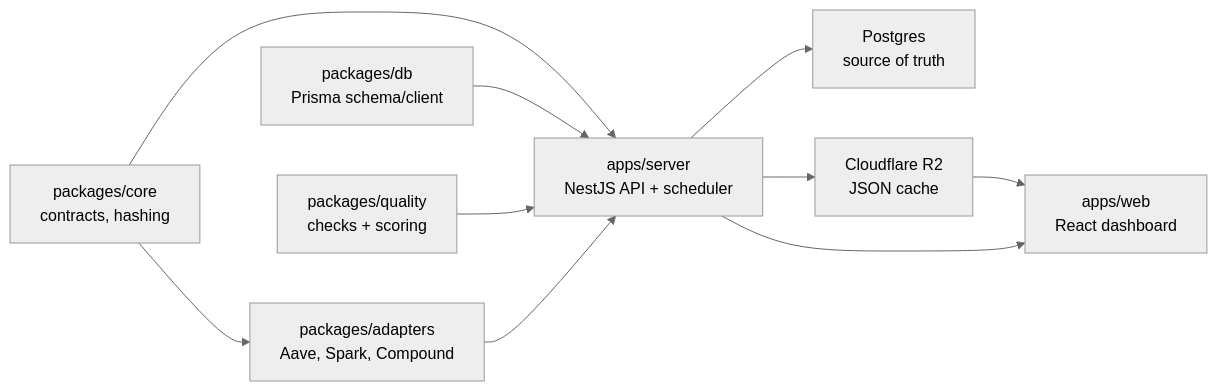
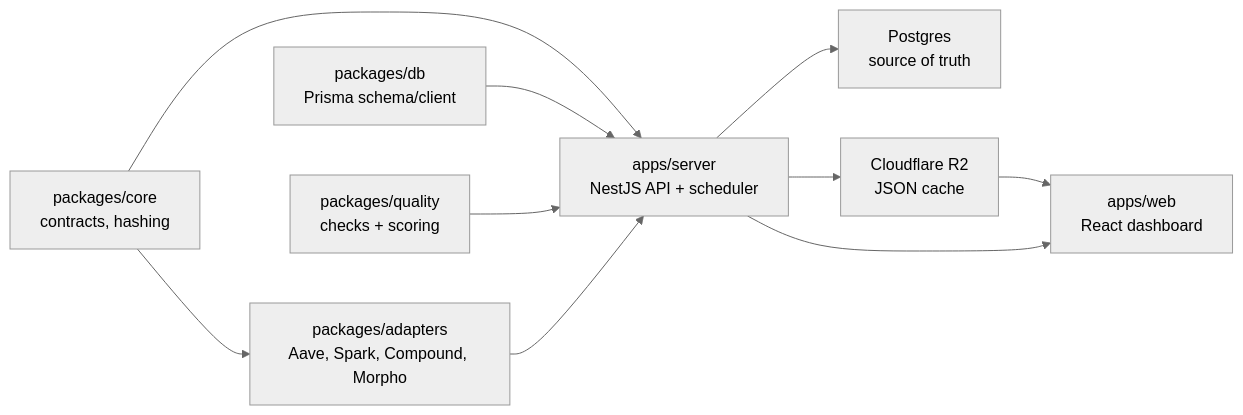
One commit to Shaileshkhote/lending-yield-dash changed the diagram in README.md. Above: the diagram before and after it, drawn with Mermaid (neutral theme). The commit also changed other lines of this file and 35 other files, not shown here.

````diff
--- a/README.md
+++ b/README.md
@@ -7,12 +7,12 @@
 ```mermaid
 flowchart LR
-  Core["packages/core\ncontracts, hashing"] --> Adapters["packages/adapters\nAave, Spark, Compound"]
+  Core["packages/core\ncontracts, hashing"] --> Adapters["packages/adapters\nAave, Spark, Compound, Morpho"]
   Core --> Server["apps/server\nNestJS API + scheduler"]
   DbPkg["packages/db\nPrisma schema/client"] --> Server
   Quality["packages/quality\nchecks + scoring"] --> Server
   Adapters --> Server
   Server --> Postgres["Postgres\nsource of truth"]
   Server --> R2["Cloudflare R2\nJSON cache"]
   R2 --> Web["apps/web\nReact dashboard"]
   Server --> Web
 ```
````
